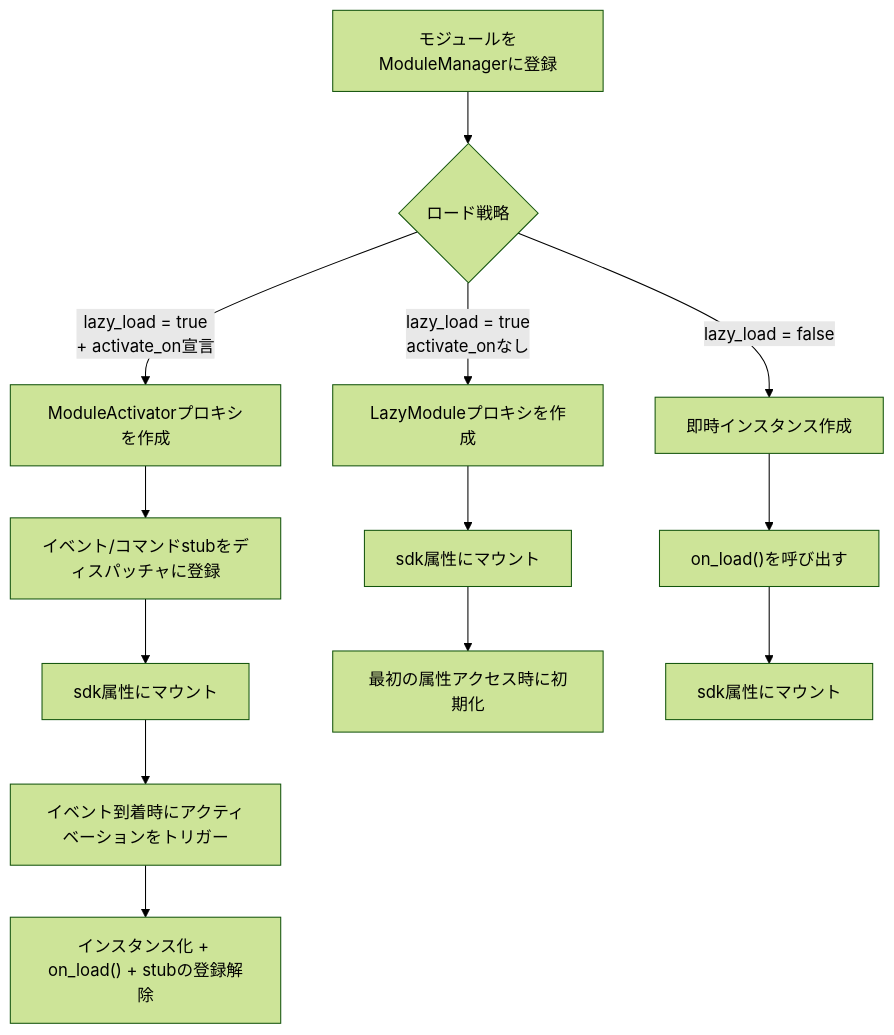
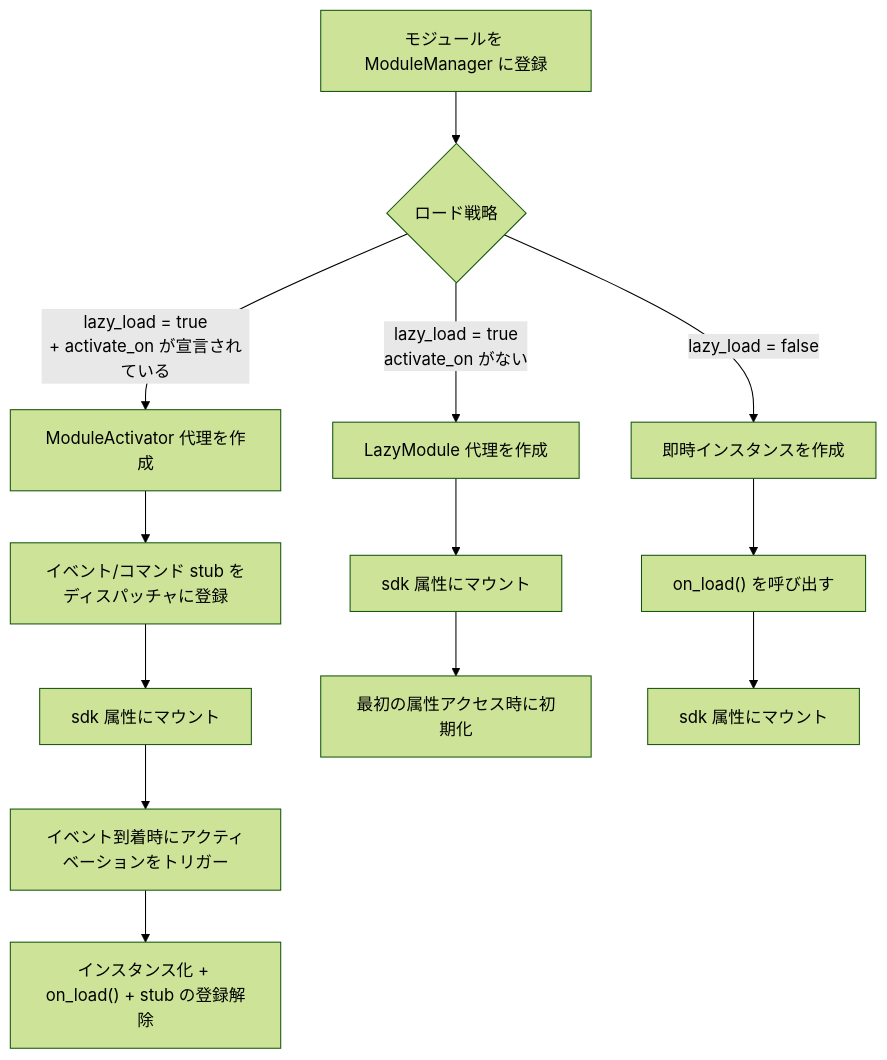
Before and after one commit to ErisPulse/ErisPulse: the sixth of 10 diagrams in docs/ja/architecture.md, drawn with Mermaid (forest theme). The commit also changed other lines of this file and 828 other files, not shown here.

````diff
--- a/docs/ja/architecture.md
+++ b/docs/ja/architecture.md
@@ -197,15 +200,15 @@
 ```mermaid
 flowchart TD
-    A["モジュールをModuleManagerに登録"] --> B{"ロード戦略"}
-    B -->|"lazy_load = true<br/>+ activate_on宣言"| C["ModuleActivatorプロキシを作成"]
-    B -->|"lazy_load = true<br/>activate_onなし"| D["LazyModuleプロキシを作成"]
-    B -->|"lazy_load = false"| E["即時インスタンス作成"]
-    C --> F["イベント/コマンドstubをディスパッチャに登録"]
-    F --> G["sdk属性にマウント"]
+    A["モジュールを ModuleManager に登録"] --> B{"ロード戦略"}
+    B -->|"lazy_load = true<br/>+ activate_on が宣言されている"| C["ModuleActivator 代理を作成"]
+    B -->|"lazy_load = true<br/>activate_on がない"| D["LazyModule 代理を作成"]
+    B -->|"lazy_load = false"| E["即時インスタンスを作成"]
+    C --> F["イベント/コマンド stub をディスパッチャに登録"]
+    F --> G["sdk 属性にマウント"]
     G --> H["イベント到着時にアクティベーションをトリガー"]
-    H --> I["インスタンス化 + on_load() + stubの登録解除"]
-    D --> J["sdk属性にマウント"]
+    H --> I["インスタンス化 + on_load() + stub の登録解除"]
+    D --> J["sdk 属性にマウント"]
     J --> K["最初の属性アクセス時に初期化"]
-    E --> L["on_load()を呼び出す"]
-    L --> M["sdk属性にマウント"]
+    E --> L["on_load() を呼び出す"]
+    L --> M["sdk 属性にマウント"]
 ```
````
